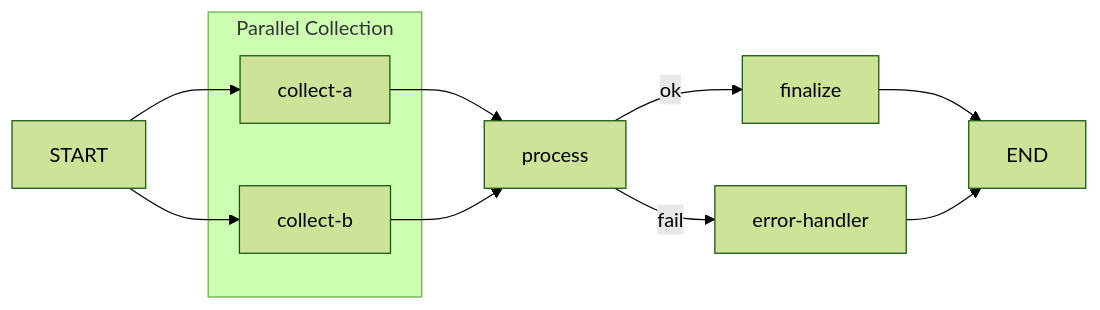
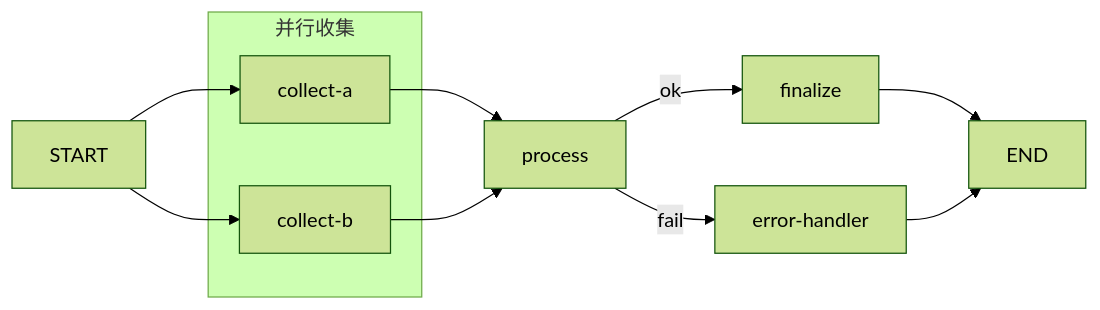
Before and after one commit to AzzzGoodFish/claude-workflow-factory: the diagram in skills/workflow-design/references/flow-dsl-syntax.md, drawn with Mermaid (forest theme). The commit also changed other lines of this file and 7 other files, not shown here.

````diff
--- a/skills/workflow-design/references/flow-dsl-syntax.md
+++ b/skills/workflow-design/references/flow-dsl-syntax.md
@@ -189,16 +189,16 @@
 ```mermaid
 flowchart LR
     START --> collect-a
     START --> collect-b
 
-    subgraph parallel_1[Parallel Collection]
+    subgraph parallel_1[并行收集]
         collect-a
         collect-b
     end
 
     collect-a --> process
     collect-b --> process
 
     process -->|ok| finalize --> END
     process -->|fail| error-handler --> END
 ```
````
